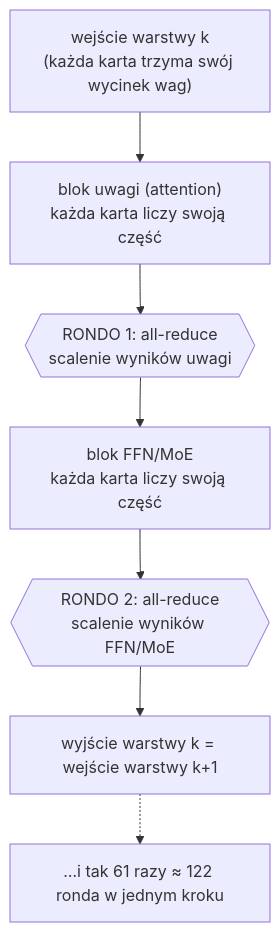
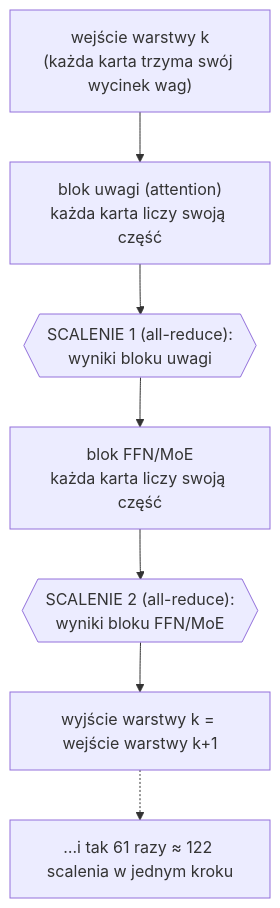
The third of 6 diagrams in docs/writeups/w1/nvlink-4way-notatka-decyzyjna.md (Czyszka/nanoserve-mini), drawn with Mermaid before and after one commit. The commit also changed other lines of this file, not shown here.

First line of the commit message:
docs: notatka NVLink — sekcja 4 bez analogii (scalenia, składniki czasu kroku, ślady pomiarowe)

````diff
--- a/docs/writeups/w1/nvlink-4way-notatka-decyzyjna.md
+++ b/docs/writeups/w1/nvlink-4way-notatka-decyzyjna.md
@@ -332,9 +331,9 @@
 ```mermaid
 flowchart TD
     IN["wejście warstwy k<br/>(każda karta trzyma swój wycinek wag)"] --> ATT["blok uwagi (attention)<br/>każda karta liczy swoją część"]
-    ATT --> AR1{{"RONDO 1: all-reduce<br/>scalenie wyników uwagi"}}
+    ATT --> AR1{{"SCALENIE 1 (all-reduce):<br/>wyniki bloku uwagi"}}
     AR1 --> FFN["blok FFN/MoE<br/>każda karta liczy swoją część"]
-    FFN --> AR2{{"RONDO 2: all-reduce<br/>scalenie wyników FFN/MoE"}}
+    FFN --> AR2{{"SCALENIE 2 (all-reduce):<br/>wyniki bloku FFN/MoE"}}
     AR2 --> OUT["wyjście warstwy k = wejście warstwy k+1"]
-    OUT -.-> REP["…i tak 61 razy ≈ 122 ronda w jednym kroku"]
+    OUT -.-> REP["…i tak 61 razy ≈ 122 scalenia w jednym kroku"]
 ```
````
